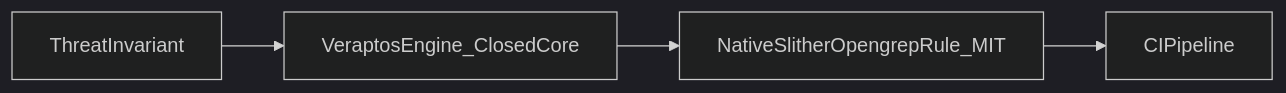
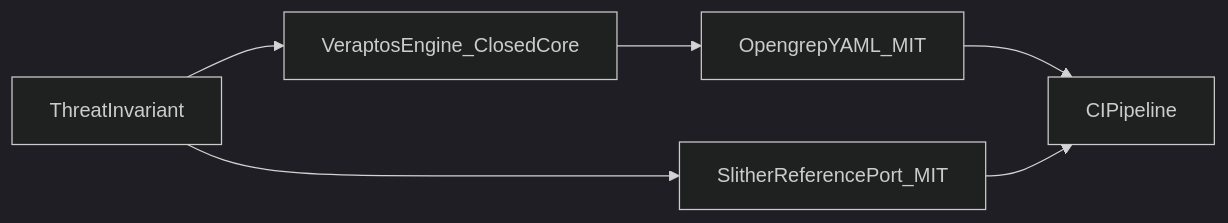
One commit to Tito0015/veraptos-threat-library changed the diagram in README.md. Above: the diagram before and after it, drawn with Mermaid (dark theme). The commit also changed other lines of this file and 1 other file, not shown here.

````diff
--- a/README.md
+++ b/README.md
@@ -75,8 +84,10 @@
 ```mermaid
 flowchart LR
   invariant[ThreatInvariant]
   engine[VeraptosEngine_ClosedCore]
-  rule[NativeSlitherOpengrepRule_MIT]
+  og[OpengrepYAML_MIT]
+  sl[SlitherReferencePort_MIT]
   ci[CIPipeline]
-  invariant --> engine --> rule --> ci
+  invariant --> engine --> og --> ci
+  invariant --> sl --> ci
 ```
````
